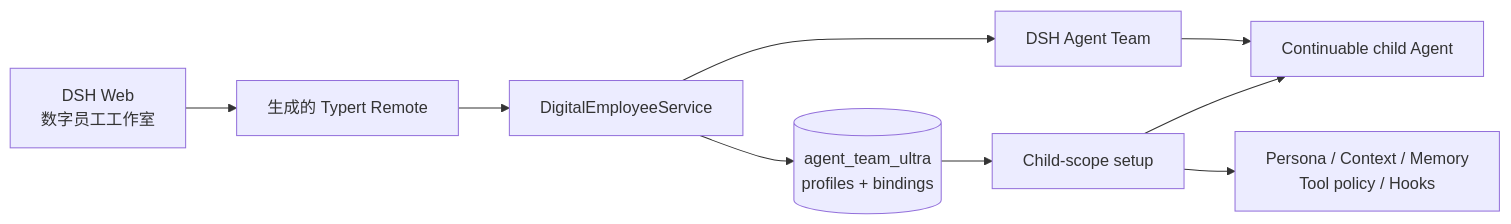
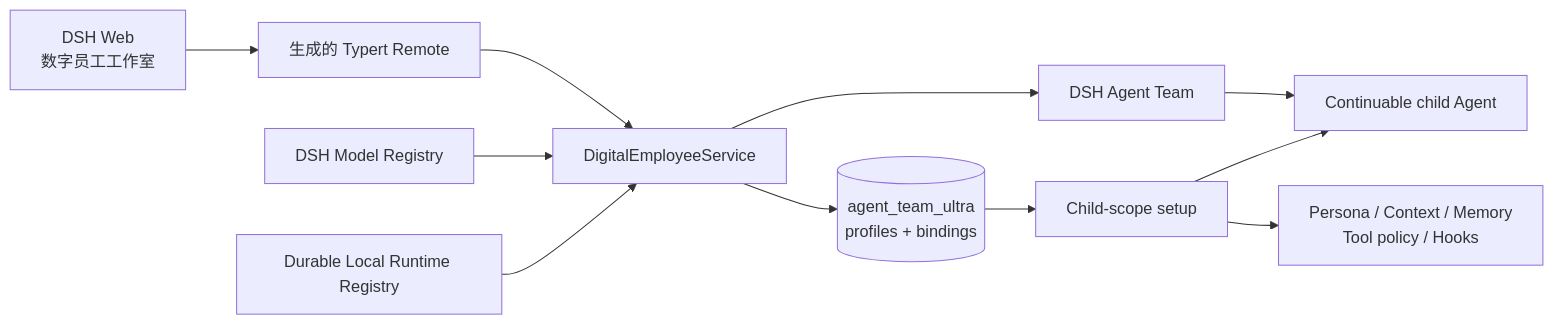
Before and after one commit to benz-ai-x/dsh-agent-team-ultra: the diagram in docs/HANDOFF.md, drawn with Mermaid. The commit also changed other lines of this file and 20 other files, not shown here.

````diff
--- a/docs/HANDOFF.md
+++ b/docs/HANDOFF.md
@@ -46,11 +46,13 @@
 ```mermaid
 flowchart LR
   WEB[DSH Web\n数字员工工作室] --> REMOTE[生成的 Typert Remote]
   REMOTE --> HOST[DigitalEmployeeService]
+  MODELS[DSH Model Registry] --> HOST
+  LOCAL[Durable Local Runtime Registry] --> HOST
   HOST --> STORE[(agent_team_ultra\nprofiles + bindings)]
   HOST --> TEAM[DSH Agent Team]
   TEAM --> CHILD[Continuable child Agent]
   STORE --> SETUP[Child-scope setup]
   SETUP --> CHILD
   SETUP --> CAP[Persona / Context / Memory\nTool policy / Hooks]
 ```
````
